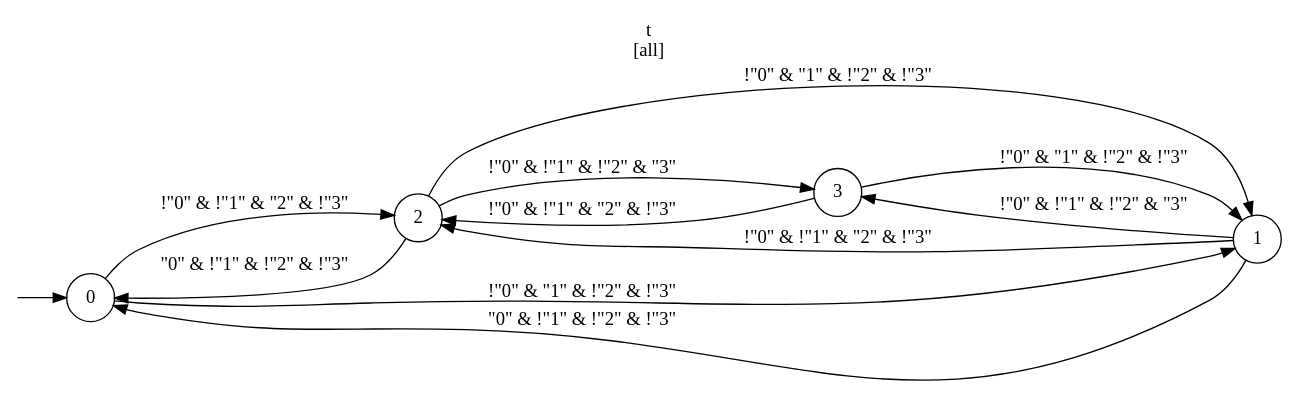
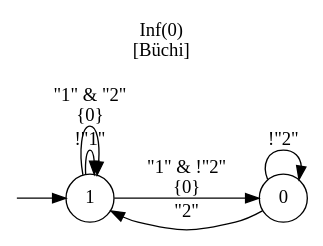
Before and after one commit to jrourke48/HMRTA_TS_GENERATION: the diagram in output/ts_automaton.dot, drawn with Graphviz. The commit also changed 9 other files, not shown here.

```diff
--- a/output/ts_automaton.dot
+++ b/output/ts_automaton.dot
@@ -1,22 +1,15 @@
 digraph "" {
   rankdir=LR
-  label="t\n[all]"
+  label="Inf(0)\n[Büchi]"
   labelloc="t"
   node [shape="circle"]
   I [label="", style=invis, width=0]
-  I -> 0
+  I -> 1
   0 [label="0"]
-  0 -> 2 [label="!\"0\" & !\"1\" & \"2\" & !\"3\""]
-  0 -> 1 [label="!\"0\" & \"1\" & !\"2\" & !\"3\""]
+  0 -> 0 [label="!\"2\""]
+  0 -> 1 [label="\"2\""]
   1 [label="1"]
-  1 -> 3 [label="!\"0\" & !\"1\" & !\"2\" & \"3\""]
-  1 -> 0 [label="\"0\" & !\"1\" & !\"2\" & !\"3\""]
-  1 -> 2 [label="!\"0\" & !\"1\" & \"2\" & !\"3\""]
-  2 [label="2"]
-  2 -> 0 [label="\"0\" & !\"1\" & !\"2\" & !\"3\""]
-  2 -> 1 [label="!\"0\" & \"1\" & !\"2\" & !\"3\""]
-  2 -> 3 [label="!\"0\" & !\"1\" & !\"2\" & \"3\""]
-  3 [label="3"]
-  3 -> 1 [label="!\"0\" & \"1\" & !\"2\" & !\"3\""]
-  3 -> 2 [label="!\"0\" & !\"1\" & \"2\" & !\"3\""]
+  1 -> 0 [label="\"1\" & !\"2\"\n{0}"]
+  1 -> 1 [label="!\"1\""]
+  1 -> 1 [label="\"1\" & \"2\"\n{0}"]
 }
```
